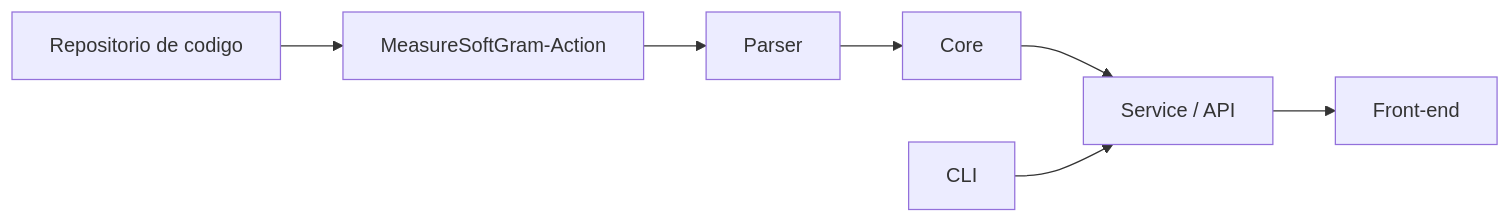
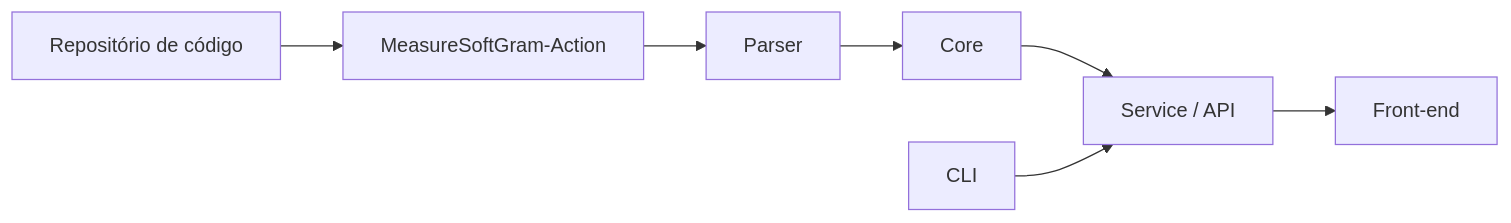
One commit to fga-eps-mds/2026.2-MeasureSoftGram-docs-eps changed the diagram in docs/produto/arquitetura.mdx. Above: the diagram before and after it, drawn with Mermaid. The commit also changed other lines of this file and 20 other files, not shown here.

````diff
--- a/docs/produto/arquitetura.mdx
+++ b/docs/produto/arquitetura.mdx
@@ -14,9 +14,9 @@
 ```mermaid
 flowchart LR
-  Repo[Repositorio de codigo] --> Action[MeasureSoftGram-Action]
+  Repo[Repositório de código] --> Action[MeasureSoftGram-Action]
   Action --> Parser[Parser]
   Parser --> Core[Core]
   Core --> Service[Service / API]
   Service --> Front[Front-end]
   CLI[CLI] --> Service
 ```
````
